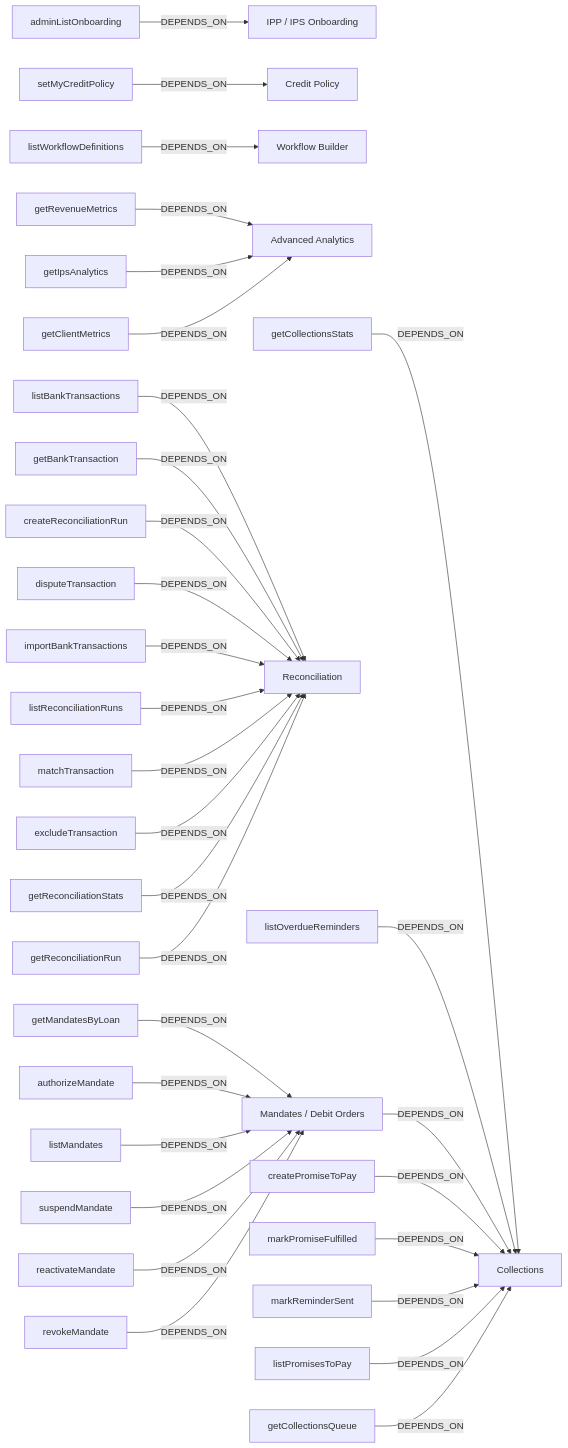
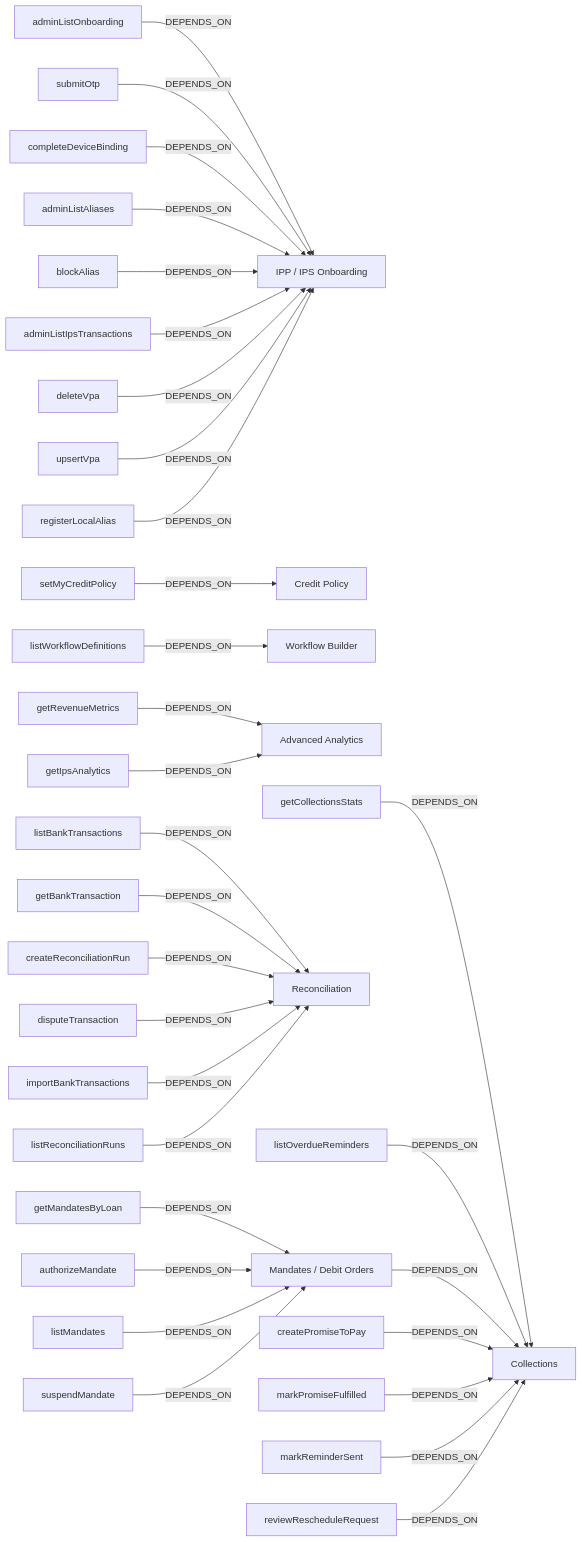
The second of 6 diagrams in ontology/graph.md (DKTony/namlend-trust-portal-v220), drawn with Mermaid before and after one commit. The commit also changed other lines of this file and 10 other files, not shown here.

````diff
--- a/ontology/graph.md
+++ b/ontology/graph.md
@@ -97,69 +95,69 @@
 ```mermaid
 flowchart LR
   n_function_convex_ips_ipsOnboarding_adminListOnboarding["adminListOnboarding"]
   n_feature_ippOnboarding["IPP / IPS Onboarding"]
   n_function_convex_tenantConfig_setMyCreditPolicy["setMyCreditPolicy"]
   n_feature_creditPolicy["Credit Policy"]
+  n_function_convex_ips_ipsOnboarding_submitOtp["submitOtp"]
   n_function_convex_approvalWorkflow_listWorkflowDefinitions["listWorkflowDefinitions"]
   n_feature_workflows["Workflow Builder"]
   n_function_convex_analytics_getRevenueMetrics["getRevenueMetrics"]
   n_feature_advancedAnalytics["Advanced Analytics"]
   n_function_convex_collections_getCollectionsStats["getCollectionsStats"]
   n_feature_collections["Collections"]
   n_function_convex_reconciliation_listBankTransactions["listBankTransactions"]
   n_feature_tenantReconciliation["Reconciliation"]
   n_function_convex_reconciliation_getBankTransaction["getBankTransaction"]
   n_function_convex_reconciliation_createReconciliationRun["createReconciliationRun"]
+  n_function_convex_ips_ipsOnboarding_completeDeviceBinding["completeDeviceBinding"]
   n_function_convex_ontology_mandates_getMandatesByLoan["getMandatesByLoan"]
   n_feature_mandates["Mandates / Debit Orders"]
   n_function_convex_analytics_getIpsAnalytics["getIpsAnalytics"]
   n_function_convex_collections_listOverdueReminders["listOverdueReminders"]
   n_function_convex_collections_createPromiseToPay["createPromiseToPay"]
   n_function_convex_collections_markPromiseFulfilled["markPromiseFulfilled"]
+  n_function_convex_ips_ipsAliasDirectory_adminListAliases["adminListAliases"]
   n_function_convex_reconciliation_disputeTransaction["disputeTransaction"]
   n_function_convex_ontology_mandates_authorizeMandate["authorizeMandate"]
+  n_function_convex_ips_ipsAliasDirectory_blockAlias["blockAlias"]
   n_function_convex_ontology_mandates_listMandates["listMandates"]
   n_function_convex_collections_markReminderSent["markReminderSent"]
+  n_function_convex_ips_ipsTransactions_adminListIpsTransactions["adminListIpsTransactions"]
+  n_function_convex_collections_reviewRescheduleRequest["reviewRescheduleRequest"]
+  n_function_convex_ips_ipsVpa_deleteVpa["deleteVpa"]
   n_function_convex_reconciliation_importBankTransactions["importBankTransactions"]
   n_function_convex_reconciliation_listReconciliationRuns["listReconciliationRuns"]
   n_function_convex_ontology_mandates_suspendMandate["suspendMandate"]
-  n_function_convex_reconciliation_matchTransaction["matchTransaction"]
-  n_function_convex_ontology_mandates_reactivateMandate["reactivateMandate"]
-  n_function_convex_reconciliation_excludeTransaction["excludeTransaction"]
-  n_function_convex_collections_listPromisesToPay["listPromisesToPay"]
-  n_function_convex_collections_getCollectionsQueue["getCollectionsQueue"]
-  n_function_convex_reconciliation_getReconciliationStats["getReconciliationStats"]
-  n_function_convex_analytics_getClientMetrics["getClientMetrics"]
-  n_function_convex_ontology_mandates_revokeMandate["revokeMandate"]
-  n_function_convex_reconciliation_getReconciliationRun["getReconciliationRun"]
+  n_function_convex_ips_ipsVpa_upsertVpa["upsertVpa"]
+  n_function_convex_ips_ipsAliasDirectory_registerLocalAlias["registerLocalAlias"]
   n_function_convex_ips_ipsOnboarding_adminListOnboarding -- "DEPENDS_ON" --> n_feature_ippOnboarding
   n_function_convex_tenantConfig_setMyCreditPolicy -- "DEPENDS_ON" --> n_feature_creditPolicy
+  n_function_convex_ips_ipsOnboarding_submitOtp -- "DEPENDS_ON" --> n_feature_ippOnboarding
   n_function_convex_approvalWorkflow_listWorkflowDefinitions -- "DEPENDS_ON" --> n_feature_workflows
   n_function_convex_analytics_getRevenueMetrics -- "DEPENDS_ON" --> n_feature_advancedAnalytics
   n_function_convex_collections_getCollectionsStats -- "DEPENDS_ON" --> n_feature_collections
   n_function_convex_reconciliation_listBankTransactions -- "DEPENDS_ON" --> n_feature_tenantReconciliation
   n_function_convex_reconciliation_getBankTransaction -- "DEPENDS_ON" --> n_feature_tenantReconciliation
   n_function_convex_reconciliation_createReconciliationRun -- "DEPENDS_ON" --> n_feature_tenantReconciliation
+  n_function_convex_ips_ipsOnboarding_completeDeviceBinding -- "DEPENDS_ON" --> n_feature_ippOnboarding
   n_function_convex_ontology_mandates_getMandatesByLoan -- "DEPENDS_ON" --> n_feature_mandates
   n_function_convex_analytics_getIpsAnalytics -- "DEPENDS_ON" --> n_feature_advancedAnalytics
   n_function_convex_collections_listOverdueReminders -- "DEPENDS_ON" --> n_feature_collections
   n_feature_mandates -- "DEPENDS_ON" --> n_feature_collections
   n_function_convex_collections_createPromiseToPay -- "DEPENDS_ON" --> n_feature_collections
   n_function_convex_collections_markPromiseFulfilled -- "DEPENDS_ON" --> n_feature_collections
+  n_function_convex_ips_ipsAliasDirectory_adminListAliases -- "DEPENDS_ON" --> n_feature_ippOnboarding
   n_function_convex_reconciliation_disputeTransaction -- "DEPENDS_ON" --> n_feature_tenantReconciliation
   n_function_convex_ontology_mandates_authorizeMandate -- "DEPENDS_ON" --> n_feature_mandates
+  n_function_convex_ips_ipsAliasDirectory_blockAlias -- "DEPENDS_ON" --> n_feature_ippOnboarding
   n_function_convex_ontology_mandates_listMandates -- "DEPENDS_ON" --> n_feature_mandates
   n_function_convex_collections_markReminderSent -- "DEPENDS_ON" --> n_feature_collections
+  n_function_convex_ips_ipsTransactions_adminListIpsTransactions -- "DEPENDS_ON" --> n_feature_ippOnboarding
+  n_function_convex_collections_reviewRescheduleRequest -- "DEPENDS_ON" --> n_feature_collections
+  n_function_convex_ips_ipsVpa_deleteVpa -- "DEPENDS_ON" --> n_feature_ippOnboarding
   n_function_convex_reconciliation_importBankTransactions -- "DEPENDS_ON" --> n_feature_tenantReconciliation
   n_function_convex_reconciliation_listReconciliationRuns -- "DEPENDS_ON" --> n_feature_tenantReconciliation
   n_function_convex_ontology_mandates_suspendMandate -- "DEPENDS_ON" --> n_feature_mandates
-  n_function_convex_reconciliation_matchTransaction -- "DEPENDS_ON" --> n_feature_tenantReconciliation
-  n_function_convex_ontology_mandates_reactivateMandate -- "DEPENDS_ON" --> n_feature_mandates
-  n_function_convex_reconciliation_excludeTransaction -- "DEPENDS_ON" --> n_feature_tenantReconciliation
-  n_function_convex_collections_listPromisesToPay -- "DEPENDS_ON" --> n_feature_collections
-  n_function_convex_collections_getCollectionsQueue -- "DEPENDS_ON" --> n_feature_collections
-  n_function_convex_reconciliation_getReconciliationStats -- "DEPENDS_ON" --> n_feature_tenantReconciliation
-  n_function_convex_analytics_getClientMetrics -- "DEPENDS_ON" --> n_feature_advancedAnalytics
-  n_function_convex_ontology_mandates_revokeMandate -- "DEPENDS_ON" --> n_feature_mandates
-  n_function_convex_reconciliation_getReconciliationRun -- "DEPENDS_ON" --> n_feature_tenantReconciliation
+  n_function_convex_ips_ipsVpa_upsertVpa -- "DEPENDS_ON" --> n_feature_ippOnboarding
+  n_function_convex_ips_ipsAliasDirectory_registerLocalAlias -- "DEPENDS_ON" --> n_feature_ippOnboarding
 ```
````
